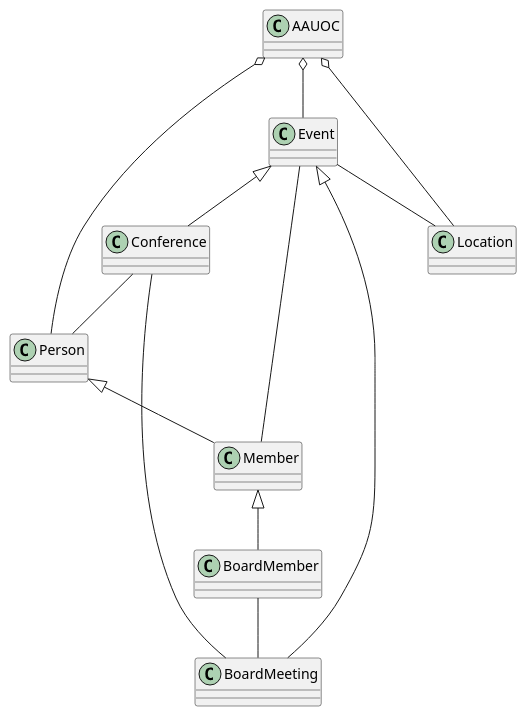
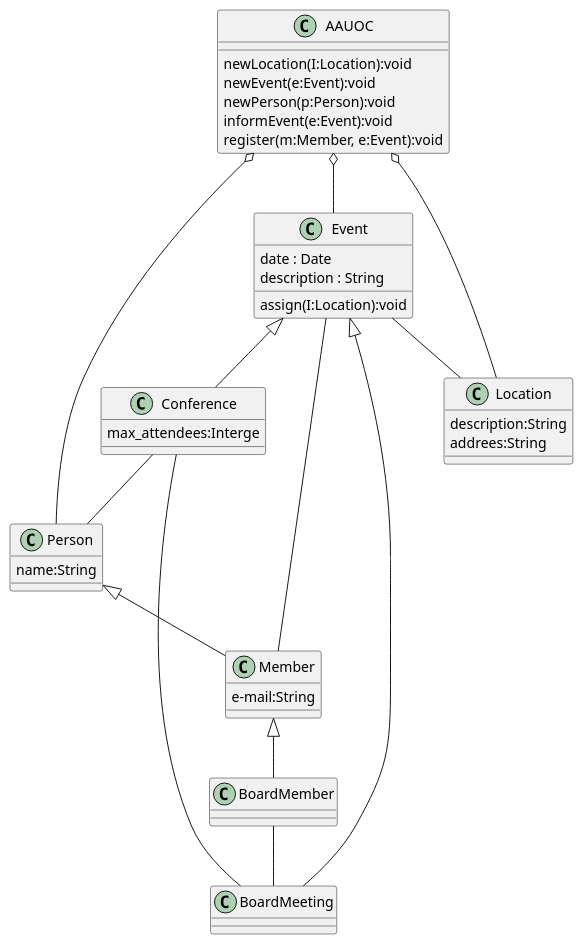
The diagram in src/DiagramaUn11MRCP.puml (miriancp88/UMLClases), drawn with PlantUML before and after one commit.

Commit message:
introduccion de metodos

```diff
--- a/src/DiagramaUn11MRCP.puml
+++ b/src/DiagramaUn11MRCP.puml
@@ -1,43 +1,56 @@
 @startuml
 
 class Member{
+e-mail:String
 }
 
 class BoardMember{
 }
 
 class Event{
+date : Date
+description : String
+assign(I:Location):void
 }
 
 class Conference{
+max_attendees:Interge
 }
 
 class BoardMeeting{
 }
 
 class Location{
+description:String
+addrees:String
 }
 
 class Person{
+name:String
 }
 
 class AAUOC{
+newLocation(I:Location):void
+newEvent(e:Event):void
+newPerson(p:Person):void
+informEvent(e:Event):void
+register(m:Member, e:Event):void
 }
 
 Event <|-- Conference
 Event <|-- BoardMeeting
 Conference -- BoardMeeting
 
 Person <|-- Member
 Member <|-- BoardMember
 
 AAUOC o-- Location
 AAUOC o-- Event
 AAUOC o-- Person
 Event -- Member
 Event -- Location
 Conference -- Person
 BoardMember -- BoardMeeting
 
 
 @enduml
```
